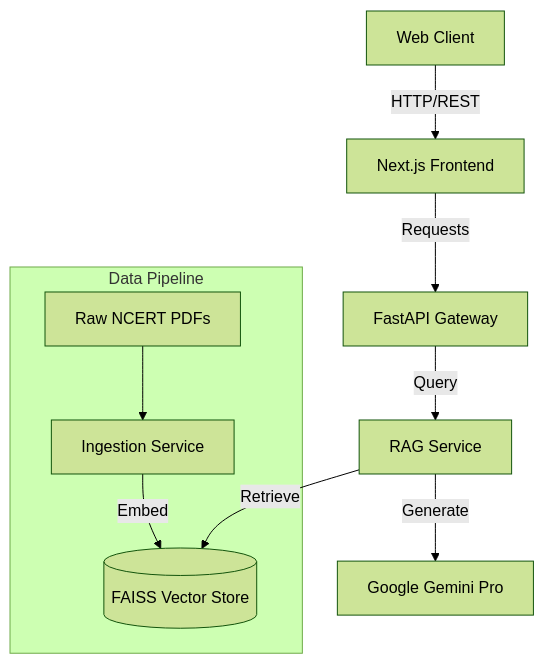
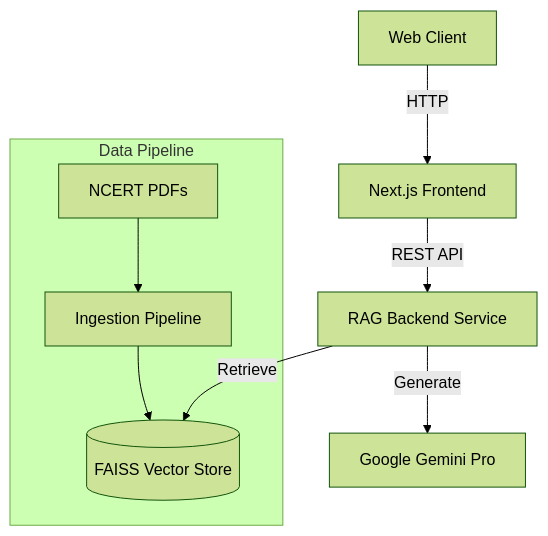
One commit to Vinayak258/ncert-doubt-solver changed the diagram in README.md. Above: the diagram before and after it, drawn with Mermaid (forest theme). The commit also changed other lines of this file, not shown here.

````diff
--- a/README.md
+++ b/README.md
@@ -26,13 +27,12 @@
 ```mermaid
 graph TD
-    User[Web Client] -->|HTTP/REST| Frontend[Next.js Frontend]
-    Frontend -->|Requests| API[FastAPI Gateway]
-    API -->|Query| RAG[RAG Service]
-    RAG -->|Retrieve| VectorDB[(FAISS Vector Store)]
-    RAG -->|Generate| LLM[Google Gemini Pro]
-    
-    subgraph "Data Pipeline"
-        PDFs[Raw NCERT PDFs] --> Ingestion[Ingestion Service]
-        Ingestion -->|Embed| VectorDB
+    User[Web Client] -->|HTTP| Frontend[Next.js Frontend]
+    Frontend -->|REST API| RAGAPI[RAG Backend Service]
+    RAGAPI -->|Retrieve| VectorDB[(FAISS Vector Store)]
+    RAGAPI -->|Generate| LLM[Google Gemini Pro]
+
+    subgraph Data Pipeline
+        PDFs[NCERT PDFs] --> Ingestion[Ingestion Pipeline]
+        Ingestion --> VectorDB
     end
 ```
````
